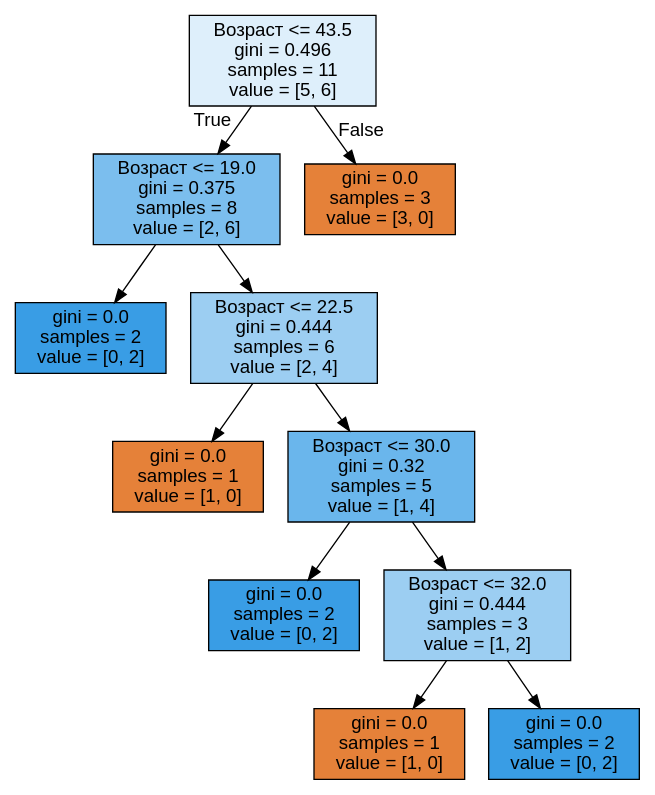
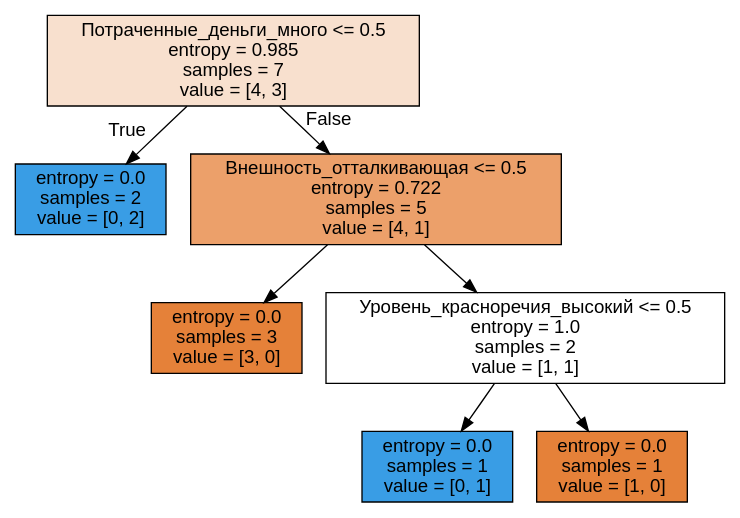
Before and after one commit to RusskikhRoman/Open-Data-Science: the diagram in age_tree.dot, drawn with Graphviz. The commit also changed 6 other files, not shown here.

```diff
--- a/age_tree.dot
+++ b/age_tree.dot
@@ -1,25 +1,17 @@
 digraph Tree {
 node [shape=box, style="filled", color="black", fontname="helvetica"] ;
 edge [fontname="helvetica"] ;
-0 [label="Возраст <= 43.5\ngini = 0.496\nsamples = 11\nvalue = [5, 6]", fillcolor="#deeffb"] ;
-1 [label="Возраст <= 19.0\ngini = 0.375\nsamples = 8\nvalue = [2, 6]", fillcolor="#7bbeee"] ;
+0 [label="Потраченные_деньги_много <= 0.5\nentropy = 0.985\nsamples = 7\nvalue = [4, 3]", fillcolor="#f8e0ce"] ;
+1 [label="entropy = 0.0\nsamples = 2\nvalue = [0, 2]", fillcolor="#399de5"] ;
 0 -> 1 [labeldistance=2.5, labelangle=45, headlabel="True"] ;
-2 [label="gini = 0.0\nsamples = 2\nvalue = [0, 2]", fillcolor="#399de5"] ;
-1 -> 2 ;
-3 [label="Возраст <= 22.5\ngini = 0.444\nsamples = 6\nvalue = [2, 4]", fillcolor="#9ccef2"] ;
-1 -> 3 ;
-4 [label="gini = 0.0\nsamples = 1\nvalue = [1, 0]", fillcolor="#e58139"] ;
-3 -> 4 ;
-5 [label="Возраст <= 30.0\ngini = 0.32\nsamples = 5\nvalue = [1, 4]", fillcolor="#6ab6ec"] ;
-3 -> 5 ;
-6 [label="gini = 0.0\nsamples = 2\nvalue = [0, 2]", fillcolor="#399de5"] ;
-5 -> 6 ;
-7 [label="Возраст <= 32.0\ngini = 0.444\nsamples = 3\nvalue = [1, 2]", fillcolor="#9ccef2"] ;
-5 -> 7 ;
-8 [label="gini = 0.0\nsamples = 1\nvalue = [1, 0]", fillcolor="#e58139"] ;
-7 -> 8 ;
-9 [label="gini = 0.0\nsamples = 2\nvalue = [0, 2]", fillcolor="#399de5"] ;
-7 -> 9 ;
-10 [label="gini = 0.0\nsamples = 3\nvalue = [3, 0]", fillcolor="#e58139"] ;
-0 -> 10 [labeldistance=2.5, labelangle=-45, headlabel="False"] ;
+2 [label="Внешность_отталкивающая <= 0.5\nentropy = 0.722\nsamples = 5\nvalue = [4, 1]", fillcolor="#eca06a"] ;
+0 -> 2 [labeldistance=2.5, labelangle=-45, headlabel="False"] ;
+3 [label="entropy = 0.0\nsamples = 3\nvalue = [3, 0]", fillcolor="#e58139"] ;
+2 -> 3 ;
+4 [label="Уровень_красноречия_высокий <= 0.5\nentropy = 1.0\nsamples = 2\nvalue = [1, 1]", fillcolor="#ffffff"] ;
+2 -> 4 ;
+5 [label="entropy = 0.0\nsamples = 1\nvalue = [0, 1]", fillcolor="#399de5"] ;
+4 -> 5 ;
+6 [label="entropy = 0.0\nsamples = 1\nvalue = [1, 0]", fillcolor="#e58139"] ;
+4 -> 6 ;
 }
```
